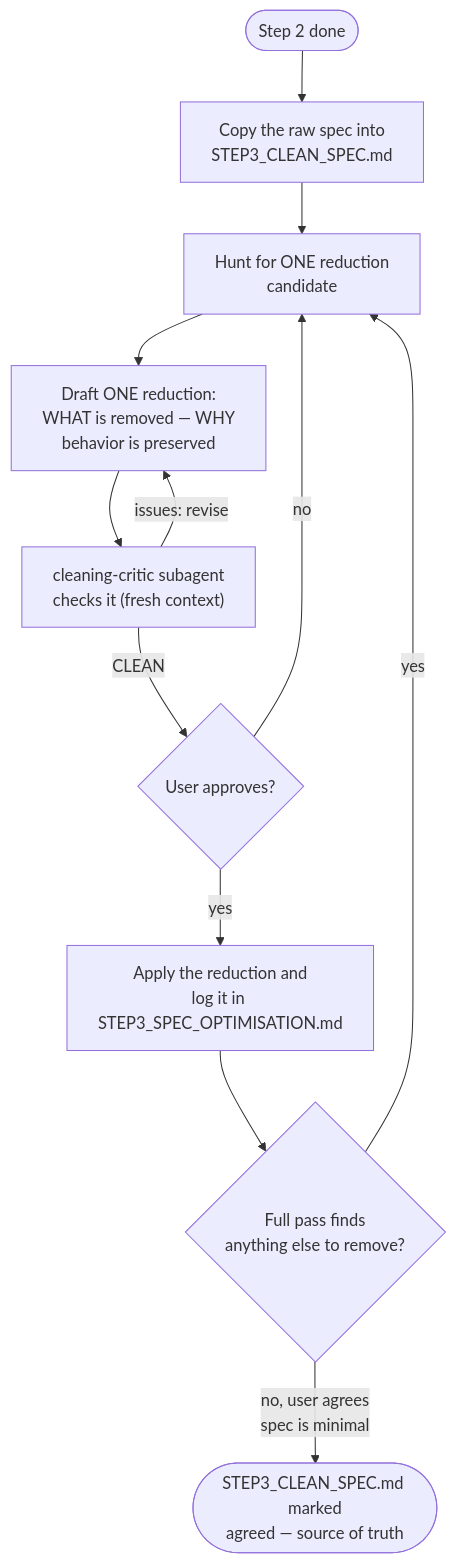
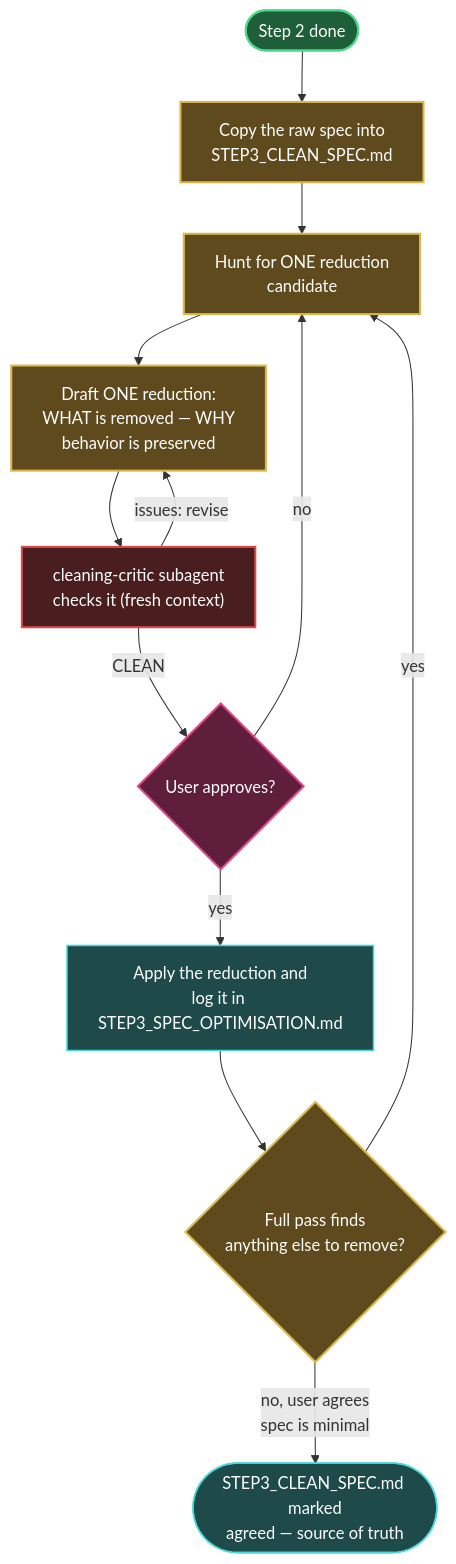
The diagram in steps/step_03_spec_cleaning/README.md (jeromeetienne/vibe_to_spec), drawn with Mermaid before and after one commit. The commit also changed other lines of this file and 6 other files, not shown here.

First line of the commit message:
Apply global_workflow.md's diagram color scheme to all repo diagrams, reformat session summary lines as bullet lists

````diff
--- a/steps/step_03_spec_cleaning/README.md
+++ b/steps/step_03_spec_cleaning/README.md
@@ -38,23 +38,34 @@
 ```mermaid
 flowchart TD
     Start(["Step 2 done"]) --> Copy["Copy the raw spec into
 STEP3_CLEAN_SPEC.md"]
     Copy --> Hunt["Hunt for ONE reduction
 candidate"]
     Hunt --> Propose["Draft ONE reduction:
 WHAT is removed — WHY
 behavior is preserved"]
     Propose --> Critique["cleaning-critic subagent
 checks it (fresh context)"]
     Critique -->|"issues: revise"| Propose
     Critique -->|"CLEAN"| Decide{"User approves?"}
     Decide -->|"yes"| Apply["Apply the reduction and
 log it in STEP3_SPEC_OPTIMISATION.md"]
     Decide -->|"no"| Hunt
     Apply --> More{"Full pass finds
 anything else to remove?"}
     More -->|"yes"| Hunt
     More -->|"no, user agrees
 spec is minimal"| Closed(["STEP3_CLEAN_SPEC.md marked
 agreed — source of truth"])
+
+    classDef loop fill:#5f4a1e,stroke:#d9b84a,stroke-width:2px,color:#fff;
+    classDef rec fill:#1e4a4a,stroke:#4ad9d9,stroke-width:1.5px,color:#fff;
+    classDef gate fill:#5f1e3a,stroke:#d94a8a,stroke-width:2px,color:#fff;
+    classDef done fill:#1e5f3a,stroke:#4ad98a,stroke-width:2px,color:#fff;
+    classDef critic fill:#4a1e1e,stroke:#d94a4a,stroke-width:2px,color:#fff;
+    class Start done;
+    class Copy,Hunt,Propose,More loop;
+    class Critique critic;
+    class Decide gate;
+    class Apply,Closed rec;
 ```
````
